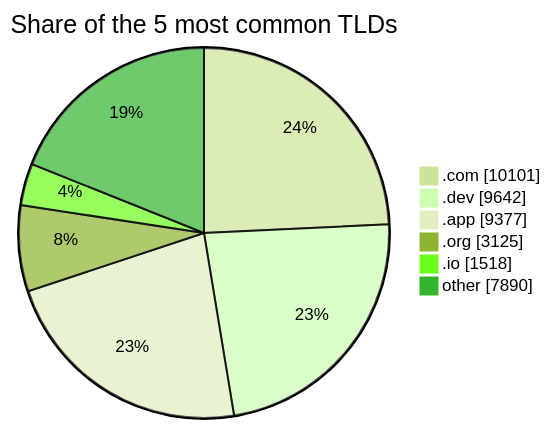
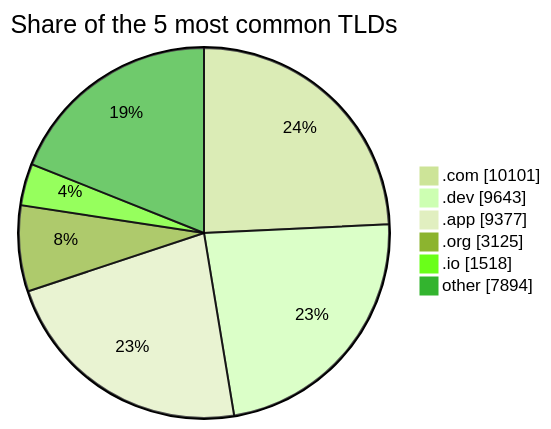
One commit to DNSBunker/CTI changed the third of 3 diagrams in README.md. Above: the diagram before and after it, drawn with Mermaid (forest theme). The commit also changed other lines of this file and 3 other files, not shown here.

````diff
--- a/README.md
+++ b/README.md
@@ -81,9 +81,9 @@
 ```mermaid
 pie showData title Share of the 5 most common TLDs
     ".com" : 10101
-    ".dev" : 9642
+    ".dev" : 9643
     ".app" : 9377
     ".org" : 3125
     ".io" : 1518
-    "other" : 7890
+    "other" : 7894
 ```
````
